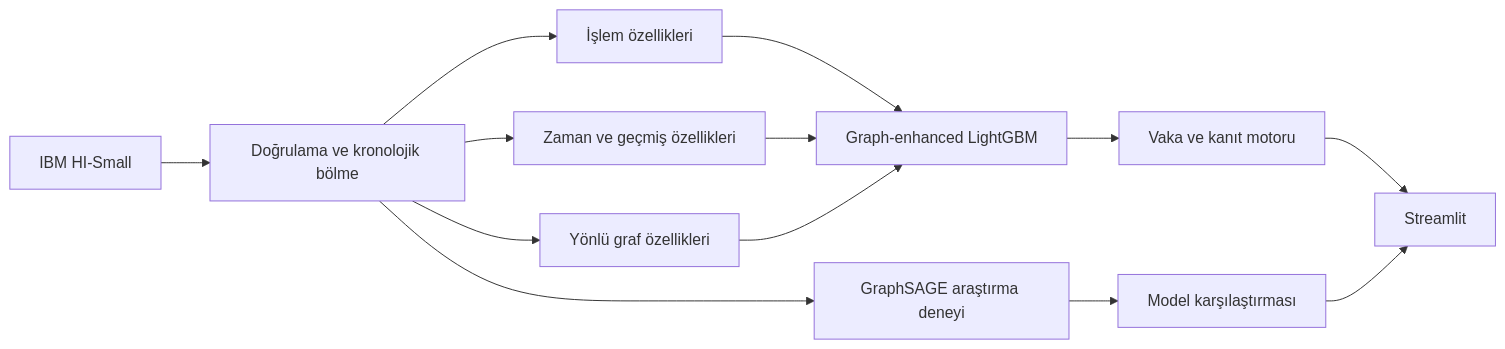
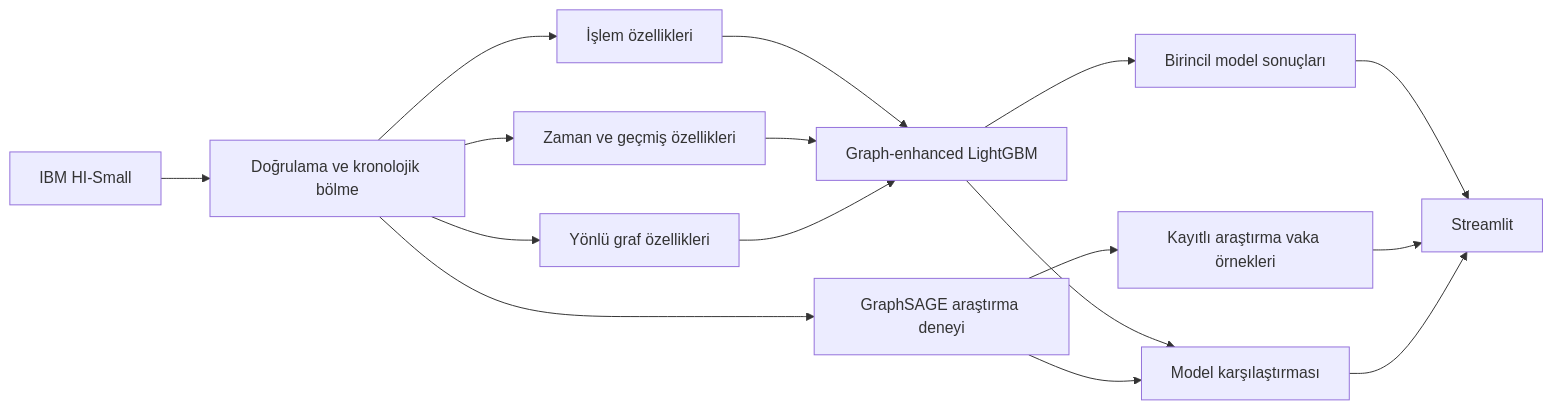
The diagram in README.md (edasaruhan/SIC_AI_17_Capstone_Group_3), drawn with Mermaid before and after one commit. The commit also changed other lines of this file and 2 other files, not shown here.

Commit message:
Clarify investigation queue model provenance

````diff
--- a/README.md
+++ b/README.md
@@ -128,15 +132,18 @@
 ```mermaid
 flowchart LR
     A[IBM HI-Small] --> B[Doğrulama ve kronolojik bölme]
     B --> C[İşlem özellikleri]
     B --> D[Zaman ve geçmiş özellikleri]
     B --> E[Yönlü graf özellikleri]
     C --> F[Graph-enhanced LightGBM]
     D --> F
     E --> F
     B --> G[GraphSAGE araştırma deneyi]
-    F --> H[Vaka ve kanıt motoru]
-    G --> I[Model karşılaştırması]
+    F --> H[Birincil model sonuçları]
+    G --> I[Kayıtlı araştırma vaka örnekleri]
+    F --> K[Model karşılaştırması]
+    G --> K
     H --> J[Streamlit]
     I --> J
+    K --> J
 ```
````
